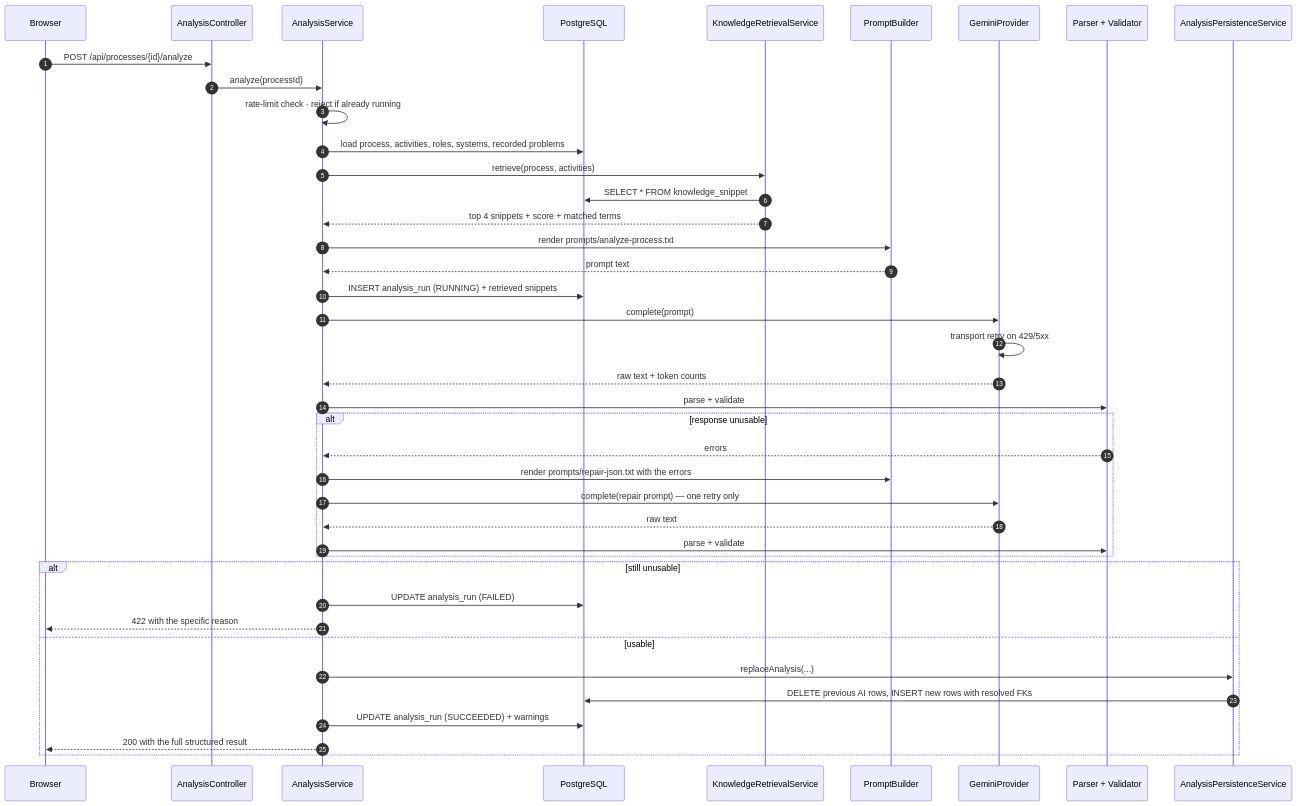
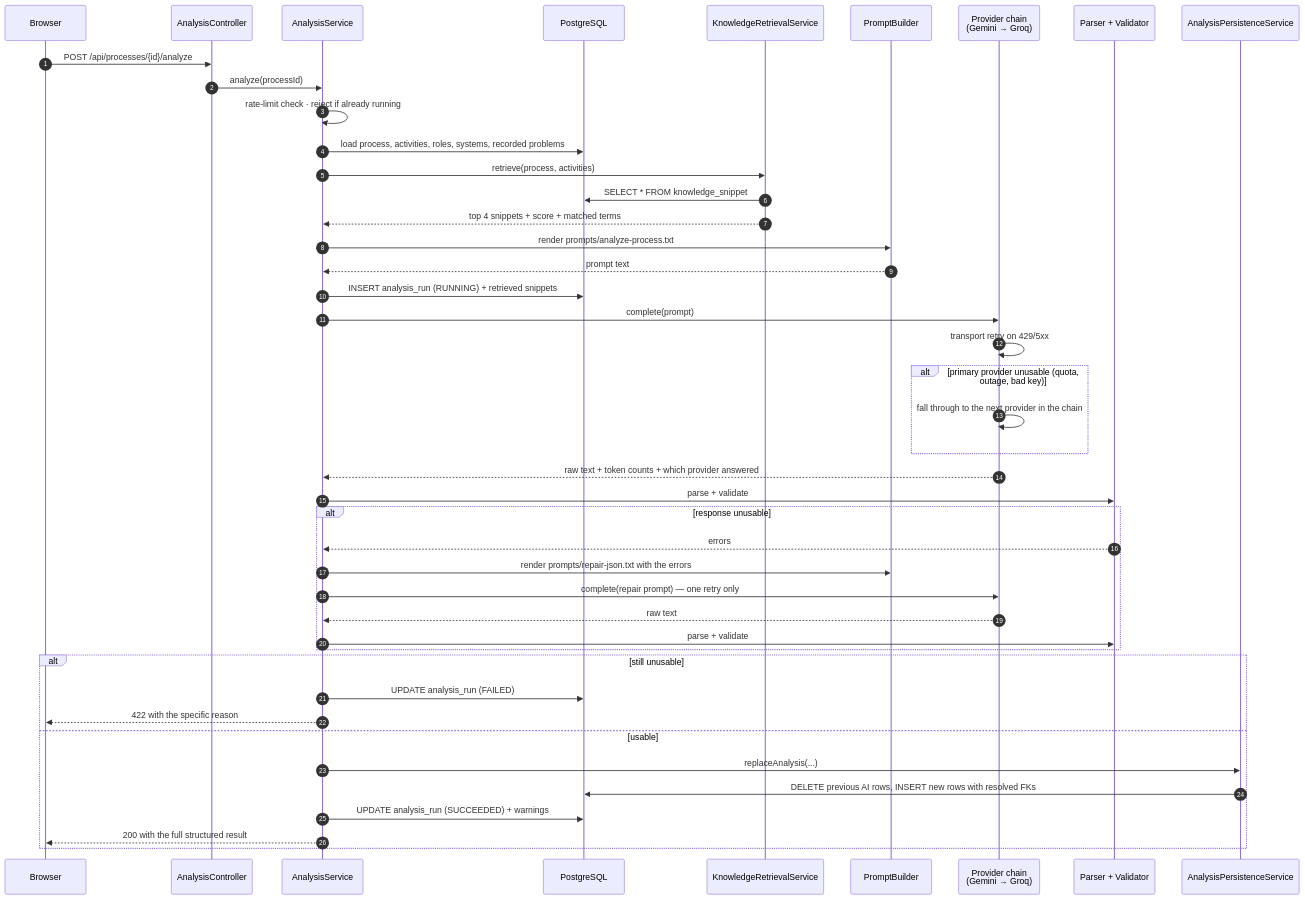
The second of 3 diagrams in docs/architecture-diagram.md (Saisrijan166/future-process-designer), drawn with Mermaid before and after one commit. The commit also changed other lines of this file and 30 other files, not shown here.

First line of the commit message:
Add Groq failover, cut Gemini quota use, and make the UI self-explanatory

````diff
--- a/docs/architecture-diagram.md
+++ b/docs/architecture-diagram.md
@@ -78,44 +83,47 @@
 ```mermaid
 sequenceDiagram
     autonumber
     participant U as Browser
     participant C as AnalysisController
     participant S as AnalysisService
     participant DB as PostgreSQL
     participant R as KnowledgeRetrievalService
     participant P as PromptBuilder
-    participant G as GeminiProvider
+    participant G as Provider chain<br/>(Gemini → Groq)
     participant V as Parser + Validator
     participant W as AnalysisPersistenceService
 
     U->>C: POST /api/processes/{id}/analyze
     C->>S: analyze(processId)
     S->>S: rate-limit check · reject if already running
     S->>DB: load process, activities, roles, systems, recorded problems
     S->>R: retrieve(process, activities)
     R->>DB: SELECT * FROM knowledge_snippet
     R-->>S: top 4 snippets + score + matched terms
     S->>P: render prompts/analyze-process.txt
     P-->>S: prompt text
     S->>DB: INSERT analysis_run (RUNNING) + retrieved snippets
     S->>G: complete(prompt)
     G->>G: transport retry on 429/5xx
-    G-->>S: raw text + token counts
+    alt primary provider unusable (quota, outage, bad key)
+        G->>G: fall through to the next provider in the chain
+    end
+    G-->>S: raw text + token counts + which provider answered
     S->>V: parse + validate
     alt response unusable
         V-->>S: errors
         S->>P: render prompts/repair-json.txt with the errors
         S->>G: complete(repair prompt) — one retry only
         G-->>S: raw text
         S->>V: parse + validate
     end
     alt still unusable
         S->>DB: UPDATE analysis_run (FAILED)
         S-->>U: 422 with the specific reason
     else usable
         S->>W: replaceAnalysis(...)
         W->>DB: DELETE previous AI rows, INSERT new rows with resolved FKs
         S->>DB: UPDATE analysis_run (SUCCEEDED) + warnings
         S-->>U: 200 with the full structured result
     end
 ```
````
